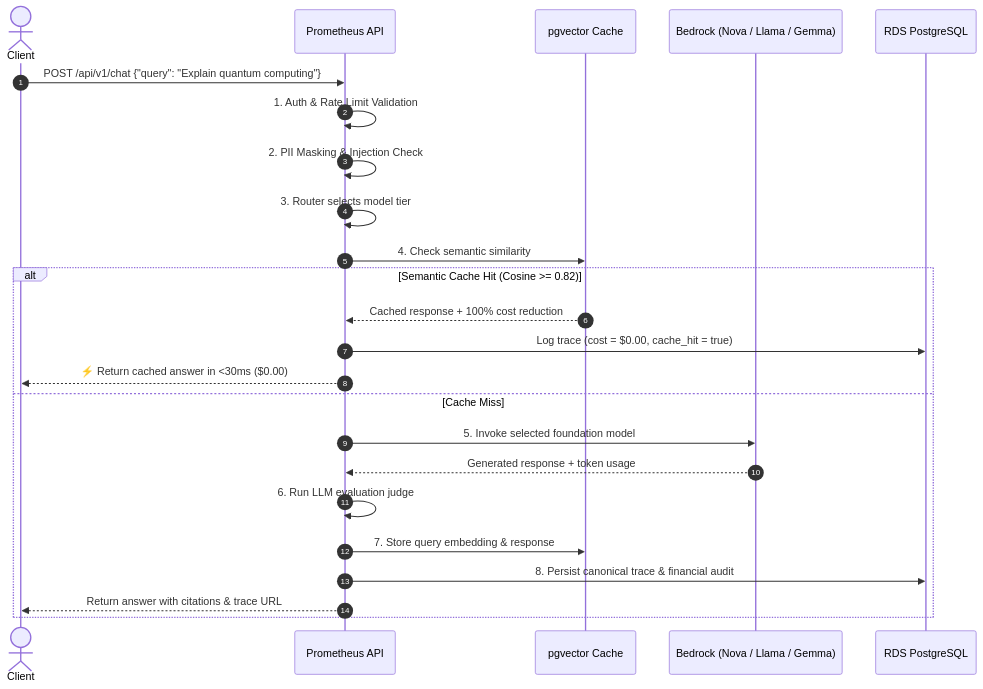
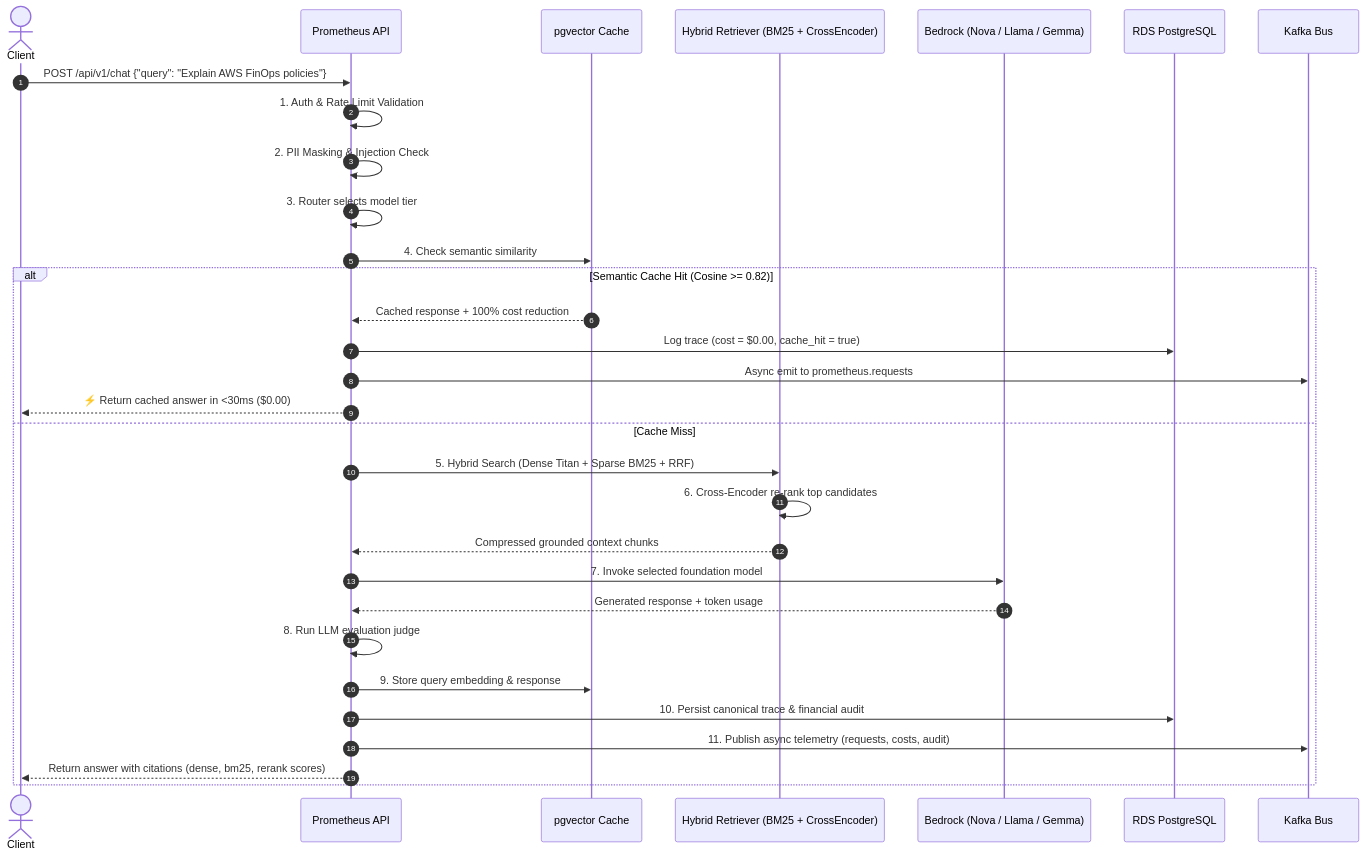
One commit to VortexQuasarX/project-prometheus changed the fifth of 5 diagrams in README.md. Above: the diagram before and after it, drawn with Mermaid. The commit also changed other lines of this file and 17 other files, not shown here.

Commit message:
feat(ml): deploy hybrid search, cross-encoder reranking, kafka event streaming, and lora finetuning hub

````diff
--- a/README.md
+++ b/README.md
@@ -162,27 +295,34 @@
 ```mermaid
 sequenceDiagram
     autonumber
     actor User as Client
     participant GW as Prometheus API
     participant Cache as pgvector Cache
+    participant RAG as Hybrid Retriever (BM25 + CrossEncoder)
     participant LLM as Bedrock (Nova / Llama / Gemma)
     participant DB as RDS PostgreSQL
+    participant Kafka as Kafka Bus
 
-    User->>GW: POST /api/v1/chat {"query": "Explain quantum computing"}
+    User->>GW: POST /api/v1/chat {"query": "Explain AWS FinOps policies"}
     GW->>GW: 1. Auth & Rate Limit Validation
     GW->>GW: 2. PII Masking & Injection Check
     GW->>GW: 3. Router selects model tier
     GW->>Cache: 4. Check semantic similarity
     alt Semantic Cache Hit (Cosine >= 0.82)
         Cache-->>GW: Cached response + 100% cost reduction
         GW->>DB: Log trace (cost = $0.00, cache_hit = true)
+        GW->>Kafka: Async emit to prometheus.requests
         GW-->>User: ⚡ Return cached answer in <30ms ($0.00)
     else Cache Miss
-        GW->>LLM: 5. Invoke selected foundation model
+        GW->>RAG: 5. Hybrid Search (Dense Titan + Sparse BM25 + RRF)
+        RAG->>RAG: 6. Cross-Encoder re-rank top candidates
+        RAG-->>GW: Compressed grounded context chunks
+        GW->>LLM: 7. Invoke selected foundation model
         LLM-->>GW: Generated response + token usage
-        GW->>GW: 6. Run LLM evaluation judge
-        GW->>Cache: 7. Store query embedding & response
-        GW->>DB: 8. Persist canonical trace & financial audit
-        GW-->>User: Return answer with citations & trace URL
+        GW->>GW: 8. Run LLM evaluation judge
+        GW->>Cache: 9. Store query embedding & response
+        GW->>DB: 10. Persist canonical trace & financial audit
+        GW->>Kafka: 11. Publish async telemetry (requests, costs, audit)
+        GW-->>User: Return answer with citations (dense, bm25, rerank scores)
     end
 ```
````
